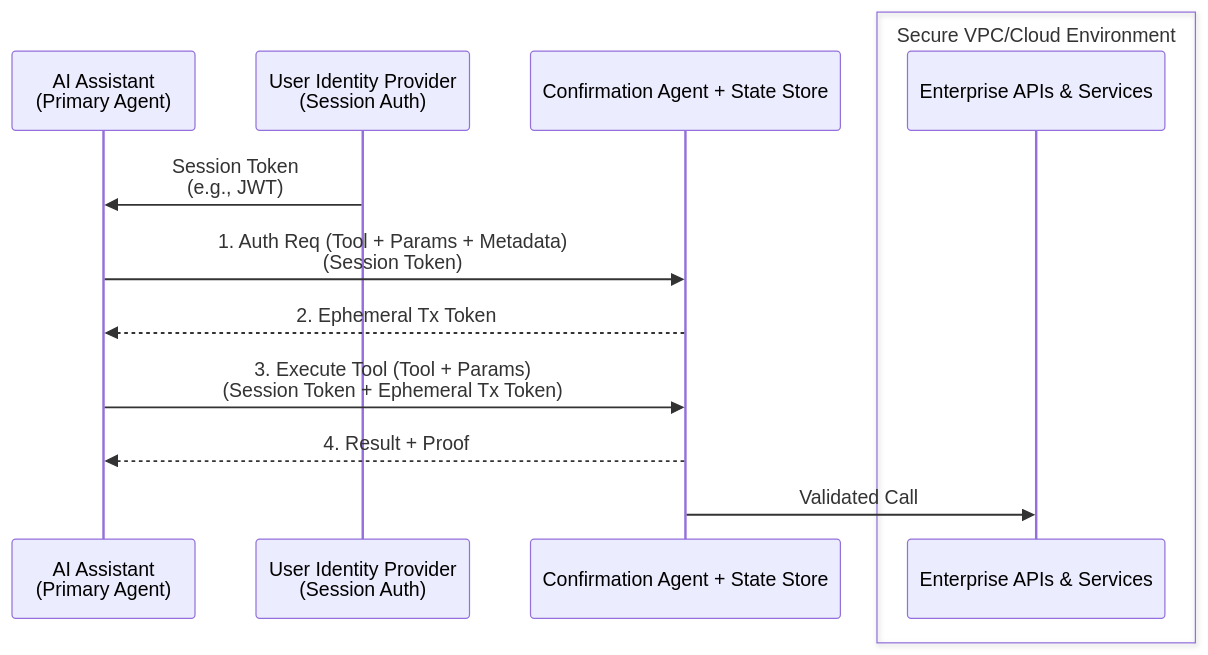
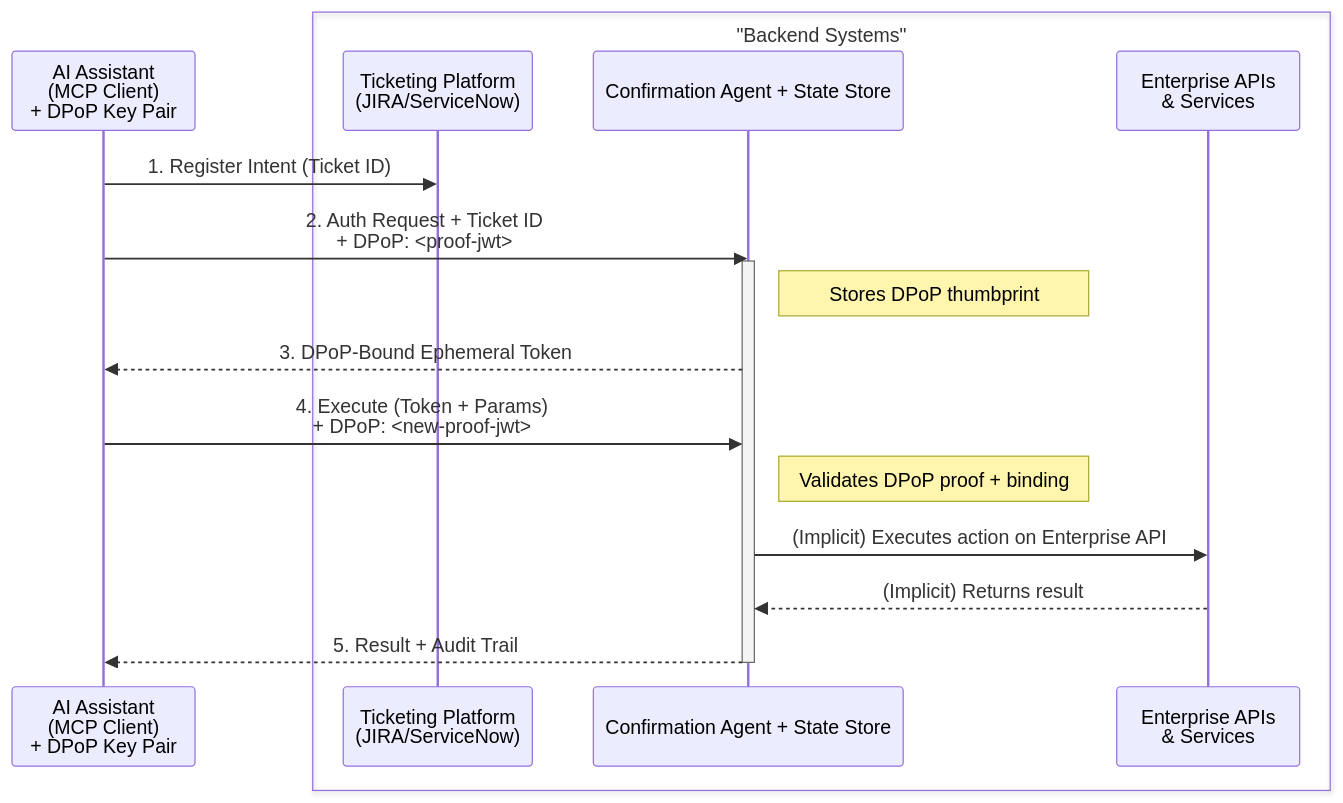
The diagram in rfc-mcp_handshake.md (cosai-oasis/ws4-secure-design-agentic-systems), drawn with Mermaid before and after one commit. The commit also changed other lines of this file, not shown here.

Commit message:
Updated the diagram with the new version

````diff
--- a/rfc-mcp_handshake.md
+++ b/rfc-mcp_handshake.md
@@ -88,16 +88,24 @@
 ```mermaid
 sequenceDiagram
-    participant A as AI Assistant<br>(Primary Agent)
-    participant U as User Identity Provider<br>(Session Auth)
-    participant C as Confirmation Agent + State Store
-    box Secure VPC/Cloud Environment
-    participant E as Enterprise APIs & Services
+    participant AI as AI Assistant<br/>(MCP Client)<br/>+ DPoP Key Pair
+    
+    box "Backend Systems"
+        participant TP as Ticketing Platform<br/>(JIRA/ServiceNow)
+        participant CAS as Confirmation Agent + State Store
+        participant EAPI as Enterprise APIs<br/>& Services
     end
 
-    U->>A: Session Token<br>(e.g., JWT)
-    A->>C: 1. Auth Req (Tool + Params + Metadata)<br>(Session Token)
-    C-->>A: 2. Ephemeral Tx Token
-    A->>C: 3. Execute Tool (Tool + Params)<br>(Session Token + Ephemeral Tx Token)
-    C-->>A: 4. Result + Proof
-    C->>E: Validated Call
+    AI->>TP: 1. Register Intent (Ticket ID)
+    
+    AI->>CAS: 2. Auth Request + Ticket ID<br/>+ DPoP: <proof-jwt>
+    activate CAS
+    note right of CAS: Stores DPoP thumbprint
+    CAS-->>AI: 3. DPoP-Bound Ephemeral Token
+    
+    AI->>CAS: 4. Execute (Token + Params)<br/>+ DPoP: <new-proof-jwt>
+    note right of CAS: Validates DPoP proof + binding
+    CAS->>EAPI: (Implicit) Executes action on Enterprise API
+    EAPI-->>CAS: (Implicit) Returns result
+    CAS-->>AI: 5. Result + Audit Trail
+    deactivate CAS
 ```
````
